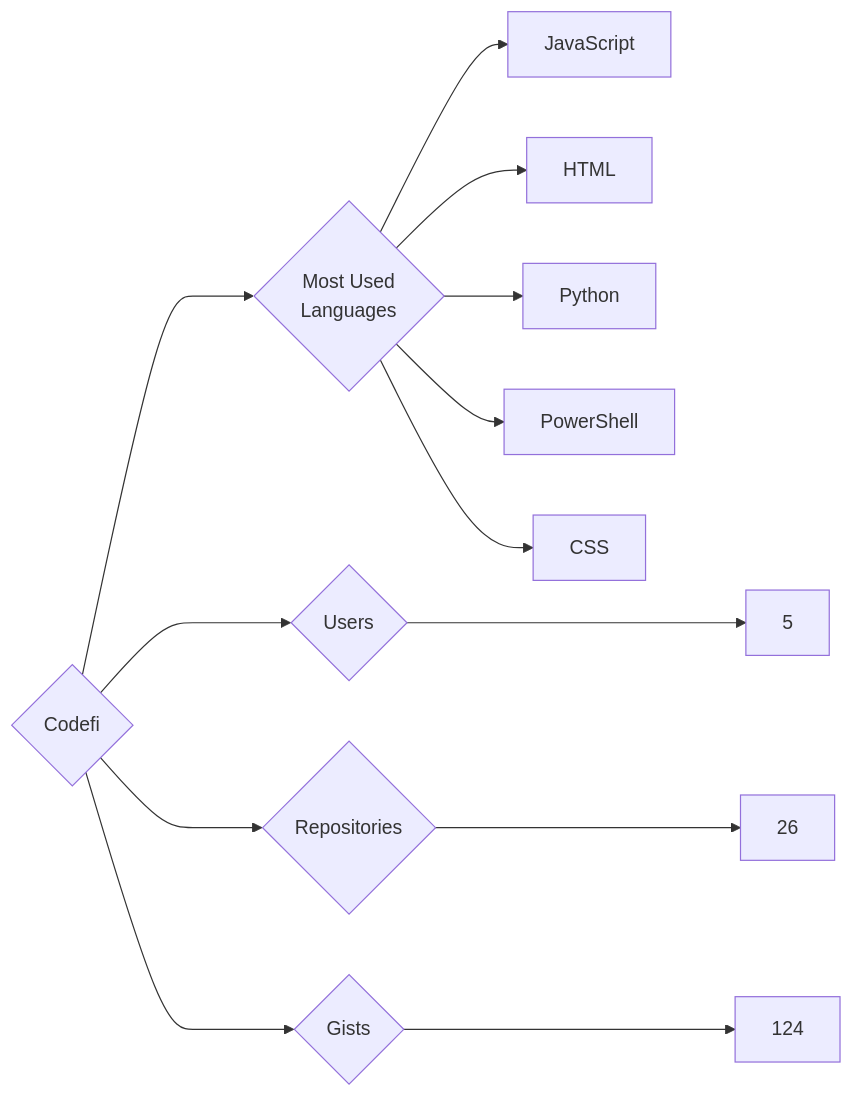
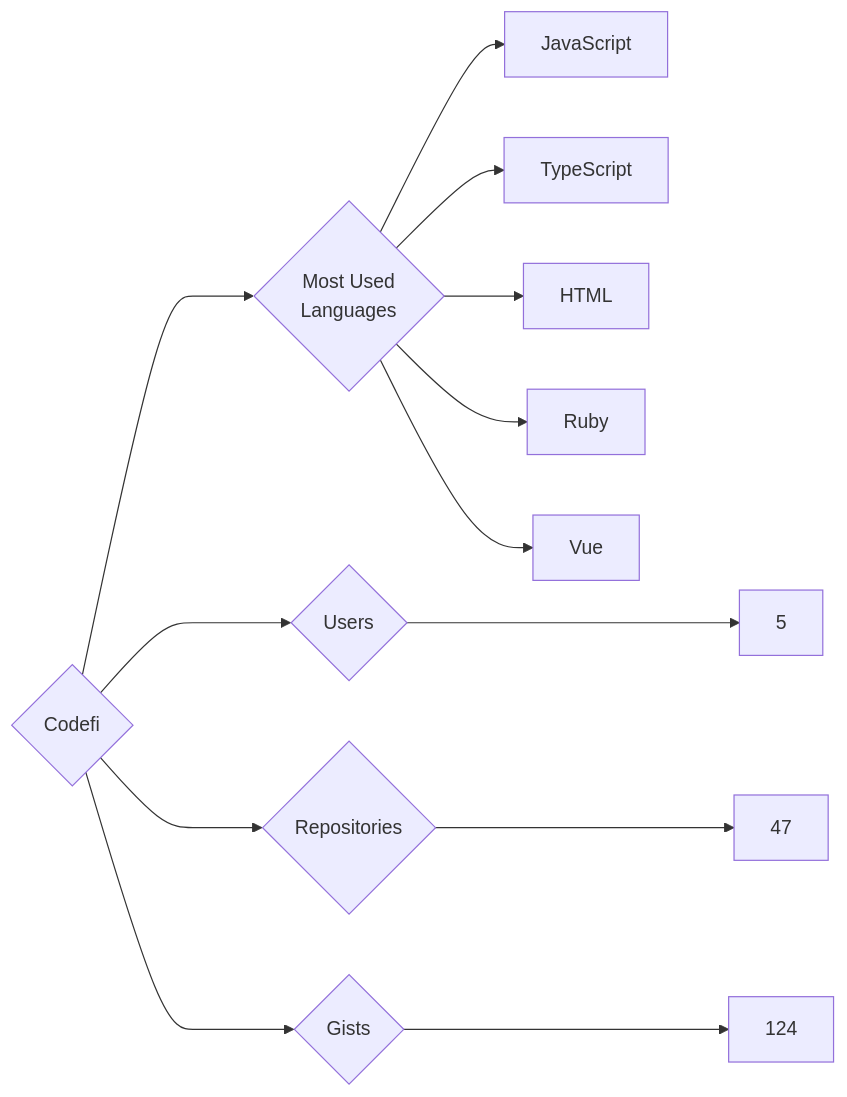
The diagram in targets/Codefi/README.md (trickest/insiders), drawn with Mermaid before and after one commit. The commit also changed 873 other files, not shown here.

````diff
--- a/targets/Codefi/README.md
+++ b/targets/Codefi/README.md
@@ -3,13 +3,13 @@
 ```mermaid
 graph LR
 COMPANY_NAME{Codefi}
 COMPANY_NAME ---> U{Users} ---> UN[5]
-COMPANY_NAME ---> R{Repositories} ---> RN[26]
+COMPANY_NAME ---> R{Repositories} ---> RN[47]
 COMPANY_NAME ---> G{Gists} ---> GN[124]
 COMPANY_NAME ---> ML{Most Used<br>Languages}
 ML --> JavaScript[JavaScript]
+ML --> TypeScript[TypeScript]
 ML --> HTML[HTML]
-ML --> Python[Python]
-ML --> PowerShell[PowerShell]
-ML --> CSS[CSS]
+ML --> Ruby[Ruby]
+ML --> Vue[Vue]
 ```
````
